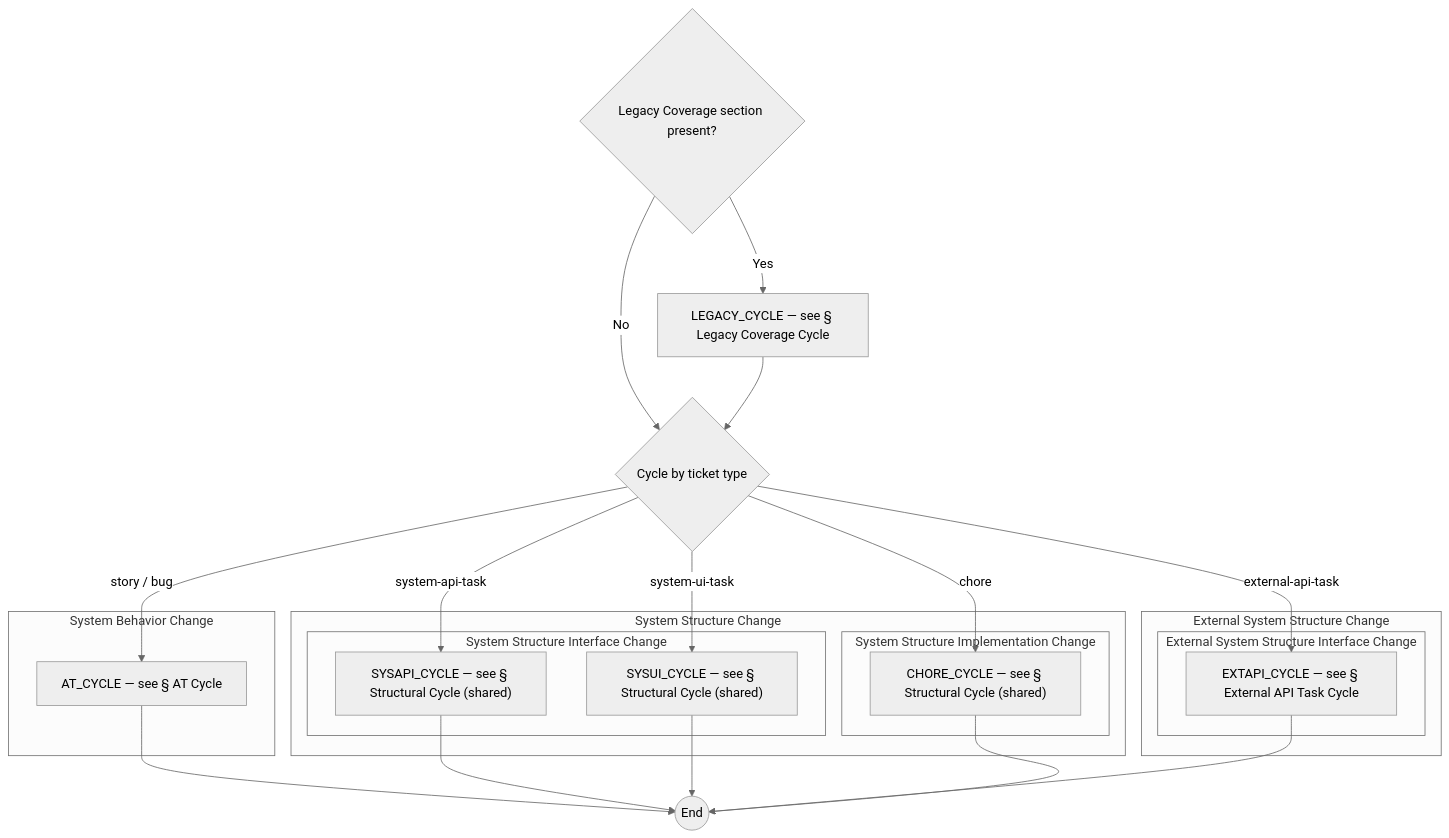
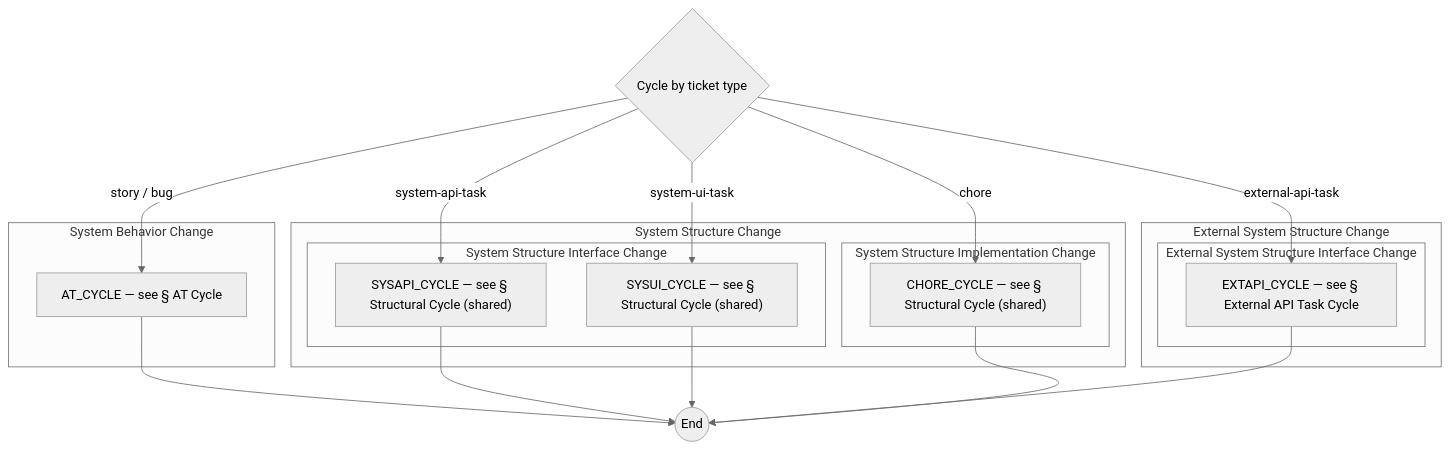
Before and after one commit to optivem/gh-optivem: the fourth of 11 diagrams in docs/process-diagram.md, drawn with Mermaid (neutral theme). The commit also changed other lines of this file and 6 other files, not shown here.

````diff
--- a/docs/process-diagram.md
+++ b/docs/process-diagram.md
@@ -48,38 +78,33 @@
 ```mermaid
 flowchart TD
     CYCLE_END((End))
-    GATE_LEGACY{Legacy Coverage section present?}
     GATE_TYPE_CYCLE{Cycle by ticket type}
-    LEGACY_CYCLE[LEGACY_CYCLE — see § Legacy Coverage Cycle]
     subgraph behavioral[System Behavior Change]
     AT_CYCLE[AT_CYCLE — see § AT Cycle]
     end
     subgraph external_structural[External System Structure Change]
     subgraph external_structural_interface[External System Structure Interface Change]
     EXTAPI_CYCLE[EXTAPI_CYCLE — see § External API Task Cycle]
     end
     end
     subgraph structural[System Structure Change]
     subgraph structural_implementation[System Structure Implementation Change]
     CHORE_CYCLE["CHORE_CYCLE — see § Structural Cycle (shared)"]
     end
     subgraph structural_interface[System Structure Interface Change]
     SYSAPI_CYCLE["SYSAPI_CYCLE — see § Structural Cycle (shared)"]
     SYSUI_CYCLE["SYSUI_CYCLE — see § Structural Cycle (shared)"]
     end
     end
 
-    GATE_LEGACY -- Yes --> LEGACY_CYCLE
-    GATE_LEGACY -- No --> GATE_TYPE_CYCLE
-    LEGACY_CYCLE --> GATE_TYPE_CYCLE
     GATE_TYPE_CYCLE -- story / bug --> AT_CYCLE
     GATE_TYPE_CYCLE -- system-api-task --> SYSAPI_CYCLE
     GATE_TYPE_CYCLE -- system-ui-task --> SYSUI_CYCLE
     GATE_TYPE_CYCLE -- external-api-task --> EXTAPI_CYCLE
     GATE_TYPE_CYCLE -- chore --> CHORE_CYCLE
     AT_CYCLE --> CYCLE_END
     SYSAPI_CYCLE --> CYCLE_END
     SYSUI_CYCLE --> CYCLE_END
     EXTAPI_CYCLE --> CYCLE_END
     CHORE_CYCLE --> CYCLE_END
 ```
````
